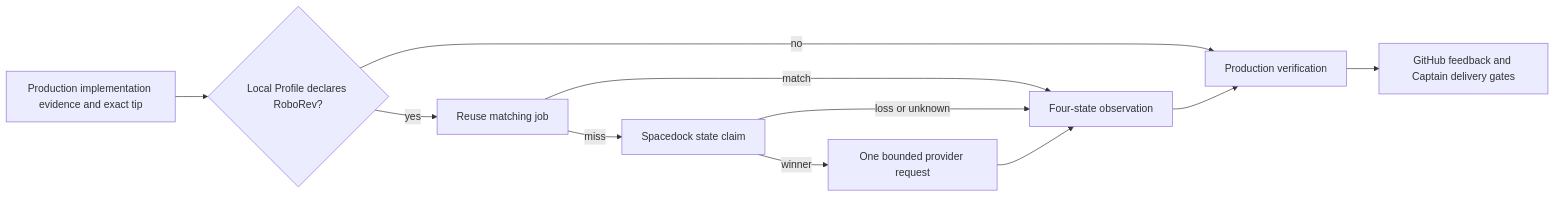
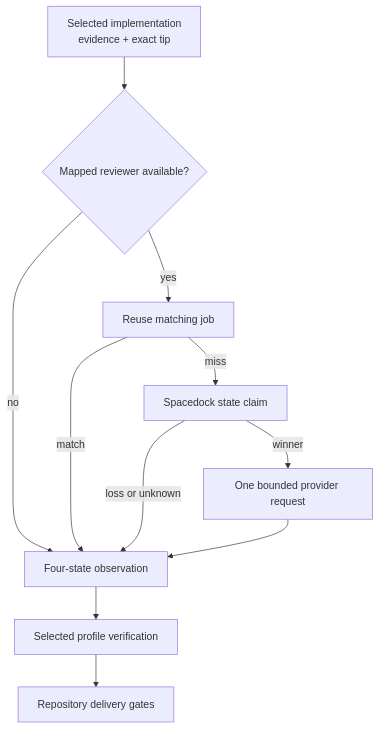
One commit to iamcxa/kc-claude-plugins changed the second of 3 diagrams in ARCHITECTURE.md. Above: the diagram before and after it, drawn with Mermaid. The commit also changed other lines of this file and 16 other files, not shown here.

Commit message:
feat(kc-dev-flow): make RoboRev profile-proportional

````diff
--- a/ARCHITECTURE.md
+++ b/ARCHITECTURE.md
@@ -66,13 +78,13 @@
 ```mermaid
-flowchart LR
-    I[Production implementation evidence and exact tip] --> D{Local Profile declares RoboRev?}
-    D -->|no| V[Production verification]
+flowchart TB
+    I["Selected implementation<br/>evidence + exact tip"] --> D{Mapped reviewer available?}
+    D -->|no| E[Four-state observation]
     D -->|yes| R[Reuse matching job]
     R -->|match| E[Four-state observation]
     R -->|miss| C[Spacedock state claim]
     C -->|winner| Q[One bounded provider request]
     C -->|loss or unknown| E
     Q --> E
-    E --> V
-    V --> G[GitHub feedback and Captain delivery gates]
+    E --> V[Selected profile verification]
+    V --> G[Repository delivery gates]
 ```
````
